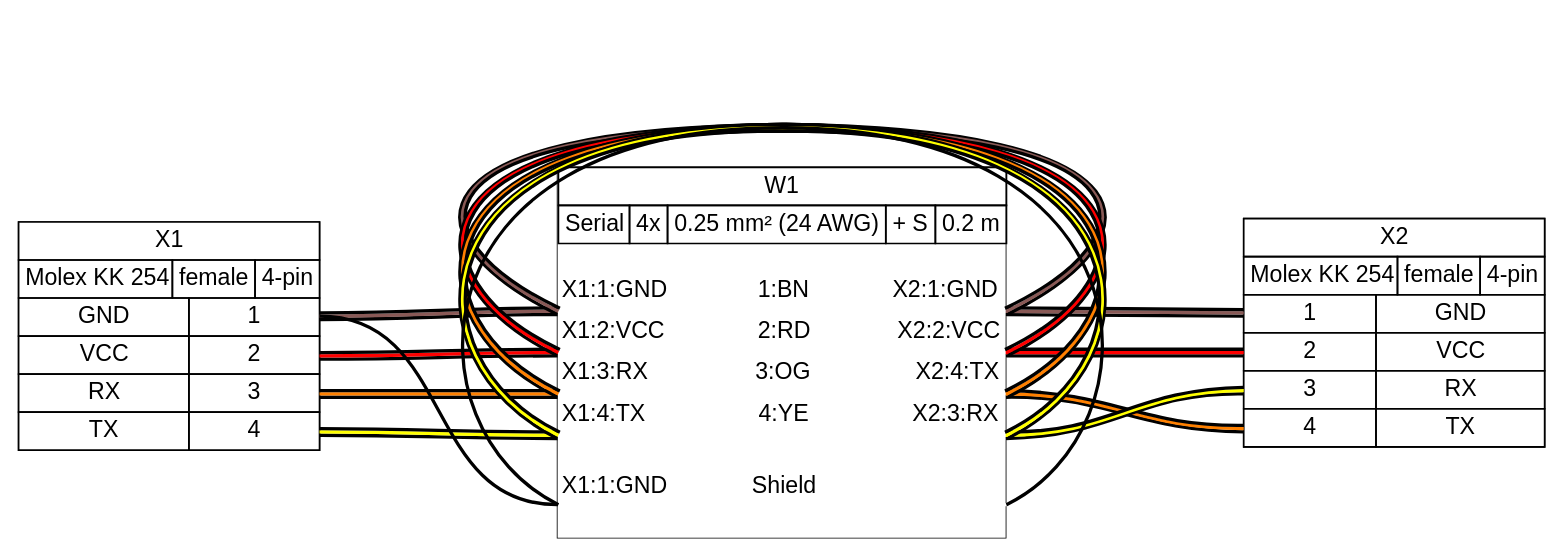
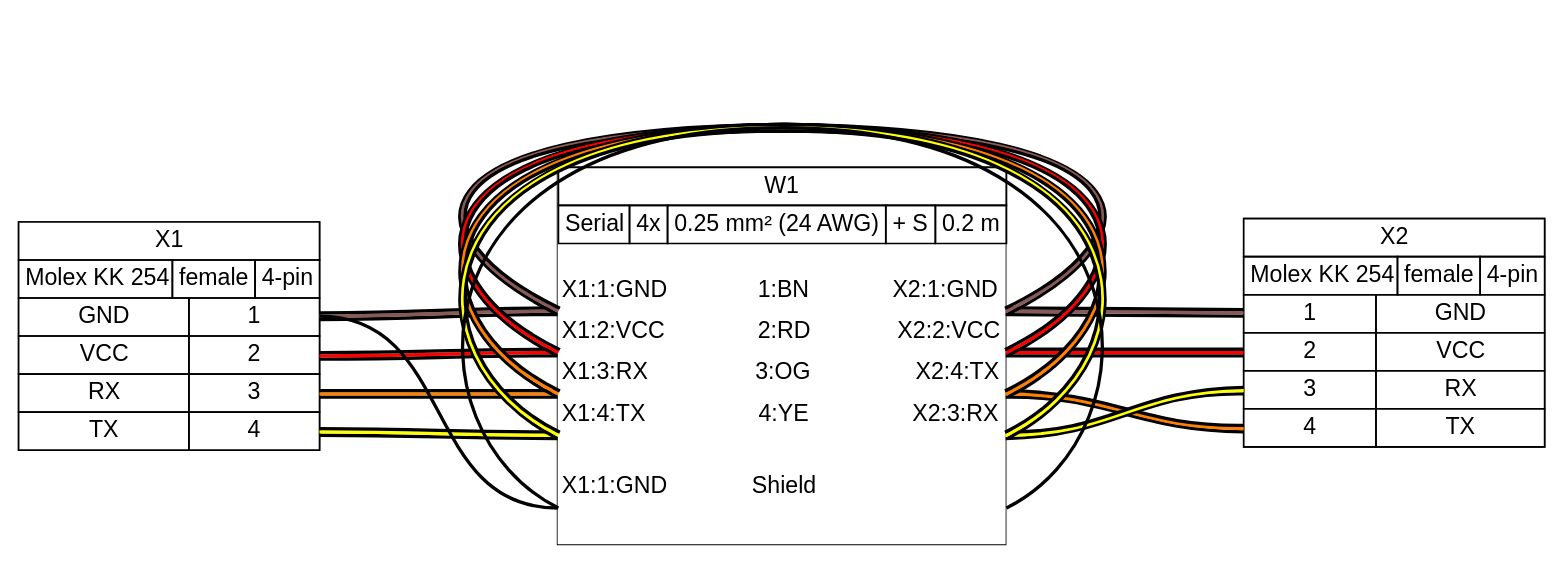
Before and after one commit to wireviz/WireViz: the diagram in examples/ex01.gv, drawn with Graphviz. The commit also changed 103 other files, not shown here.

```diff
--- a/examples/ex01.gv
+++ b/examples/ex01.gv
@@ -31,22 +31,18 @@
    <table border="0" cellborder="1" cellpadding="3" cellspacing="0">
     <tr>
      <td>GND</td>
-     []
      <td port="p1r">1</td>
     </tr>
     <tr>
      <td>VCC</td>
-     []
      <td port="p2r">2</td>
     </tr>
     <tr>
      <td>RX</td>
-     []
      <td port="p3r">3</td>
     </tr>
     <tr>
      <td>TX</td>
-     []
      <td port="p4r">4</td>
     </tr>
    </table>
@@ -82,22 +78,18 @@
     <tr>
      <td port="p1l">1</td>
      <td>GND</td>
-     []
     </tr>
     <tr>
      <td port="p2l">2</td>
      <td>VCC</td>
-     []
     </tr>
     <tr>
      <td port="p3l">3</td>
      <td>RX</td>
-     []
     </tr>
     <tr>
      <td port="p4l">4</td>
      <td>TX</td>
-     []
     </tr>
    </table>
   </td>
@@ -142,19 +134,7 @@
      <td align="right">X2:1:GND </td>
     </tr>
     <tr>
-     <td border="0" cellspacing="0" cellpadding="0" colspan="5" height="6" port="w1">
-      <table border="0" cellborder="0" cellspacing="0">
-       <tr>
-        <td bgcolor="#FFFFFF" border="0" cellpadding="0" colspan="5" height="2"></td>
-       </tr>
-       <tr>
-        <td bgcolor="#FFFFFF" border="0" cellpadding="0" colspan="5" height="2"></td>
-       </tr>
-       <tr>
-        <td bgcolor="#FFFFFF" border="0" cellpadding="0" colspan="5" height="2"></td>
-       </tr>
-      </table>
-     </td>
+     <td border="0" cellspacing="0" cellpadding="0" colspan="5" height="6" port="w1"></td>
     </tr>
     <tr>
      <td align="left"> X1:2:VCC</td>
@@ -164,19 +144,7 @@
      <td align="right">X2:2:VCC </td>
     </tr>
     <tr>
-     <td border="0" cellspacing="0" cellpadding="0" colspan="5" height="6" port="w2">
-      <table border="0" cellborder="0" cellspacing="0">
-       <tr>
-        <td bgcolor="#FFFFFF" border="0" cellpadding="0" colspan="5" height="2"></td>
-       </tr>
-       <tr>
-        <td bgcolor="#FFFFFF" border="0" cellpadding="0" colspan="5" height="2"></td>
-       </tr>
-       <tr>
-        <td bgcolor="#FFFFFF" border="0" cellpadding="0" colspan="5" height="2"></td>
-       </tr>
-      </table>
-     </td>
+     <td border="0" cellspacing="0" cellpadding="0" colspan="5" height="6" port="w2"></td>
     </tr>
     <tr>
      <td align="left"> X1:3:RX</td>
@@ -186,19 +154,7 @@
      <td align="right">X2:4:TX </td>
     </tr>
     <tr>
-     <td border="0" cellspacing="0" cellpadding="0" colspan="5" height="6" port="w3">
-      <table border="0" cellborder="0" cellspacing="0">
-       <tr>
-        <td bgcolor="#FFFFFF" border="0" cellpadding="0" colspan="5" height="2"></td>
-       </tr>
-       <tr>
-        <td bgcolor="#FFFFFF" border="0" cellpadding="0" colspan="5" height="2"></td>
-       </tr>
-       <tr>
-        <td bgcolor="#FFFFFF" border="0" cellpadding="0" colspan="5" height="2"></td>
-       </tr>
-      </table>
-     </td>
+     <td border="0" cellspacing="0" cellpadding="0" colspan="5" height="6" port="w3"></td>
     </tr>
     <tr>
      <td align="left"> X1:4:TX</td>
@@ -208,19 +164,7 @@
      <td align="right">X2:3:RX </td>
     </tr>
     <tr>
-     <td border="0" cellspacing="0" cellpadding="0" colspan="5" height="6" port="w4">
-      <table border="0" cellborder="0" cellspacing="0">
-       <tr>
-        <td bgcolor="#FFFFFF" border="0" cellpadding="0" colspan="5" height="2"></td>
-       </tr>
-       <tr>
-        <td bgcolor="#FFFFFF" border="0" cellpadding="0" colspan="5" height="2"></td>
-       </tr>
-       <tr>
-        <td bgcolor="#FFFFFF" border="0" cellpadding="0" colspan="5" height="2"></td>
-       </tr>
-      </table>
-     </td>
+     <td border="0" cellspacing="0" cellpadding="0" colspan="5" height="6" port="w4"></td>
     </tr>
     <tr>
      <td>&nbsp;</td>
@@ -233,13 +177,7 @@
      <td align="right"> </td>
     </tr>
     <tr>
-     <td border="0" cellspacing="0" cellpadding="0" colspan="5" height="2" port="w5">
-      <table border="0" cellborder="0" cellspacing="0">
-       <tr>
-        <td bgcolor="#FFFFFF" border="0" cellpadding="0" colspan="5" height="2"></td>
-       </tr>
-      </table>
-     </td>
+     <td border="0" cellspacing="0" cellpadding="0" colspan="5" height="6" port="w5"></td>
     </tr>
     <tr>
      <td>&nbsp;</td>
```
